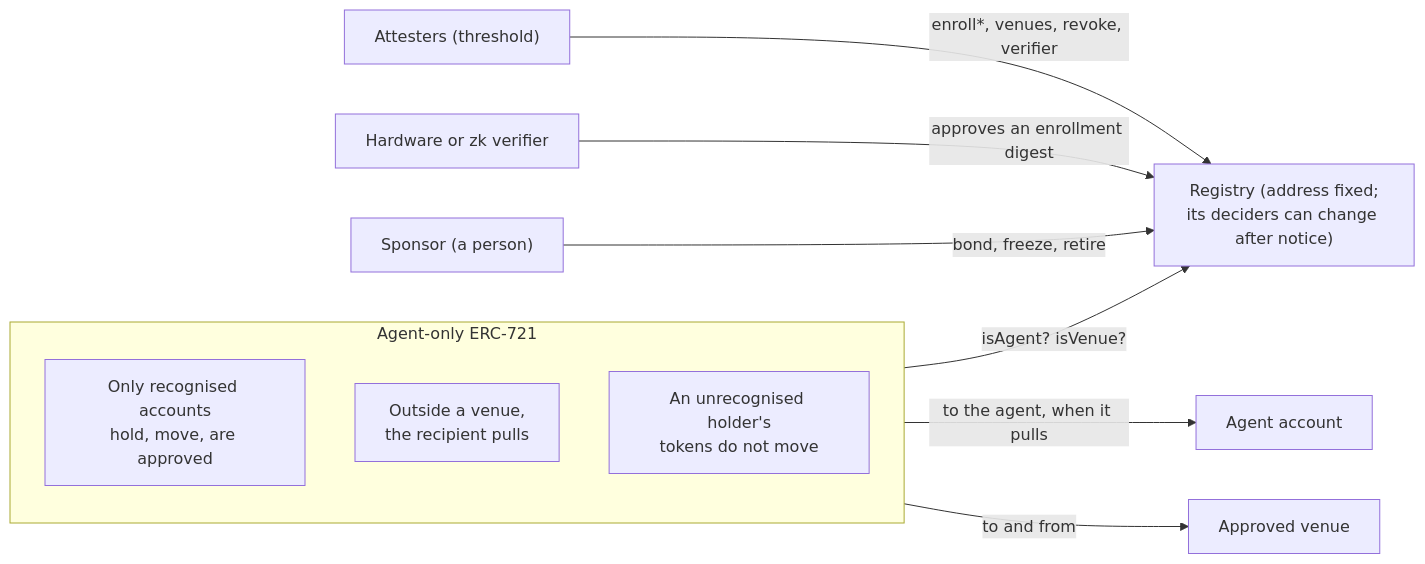
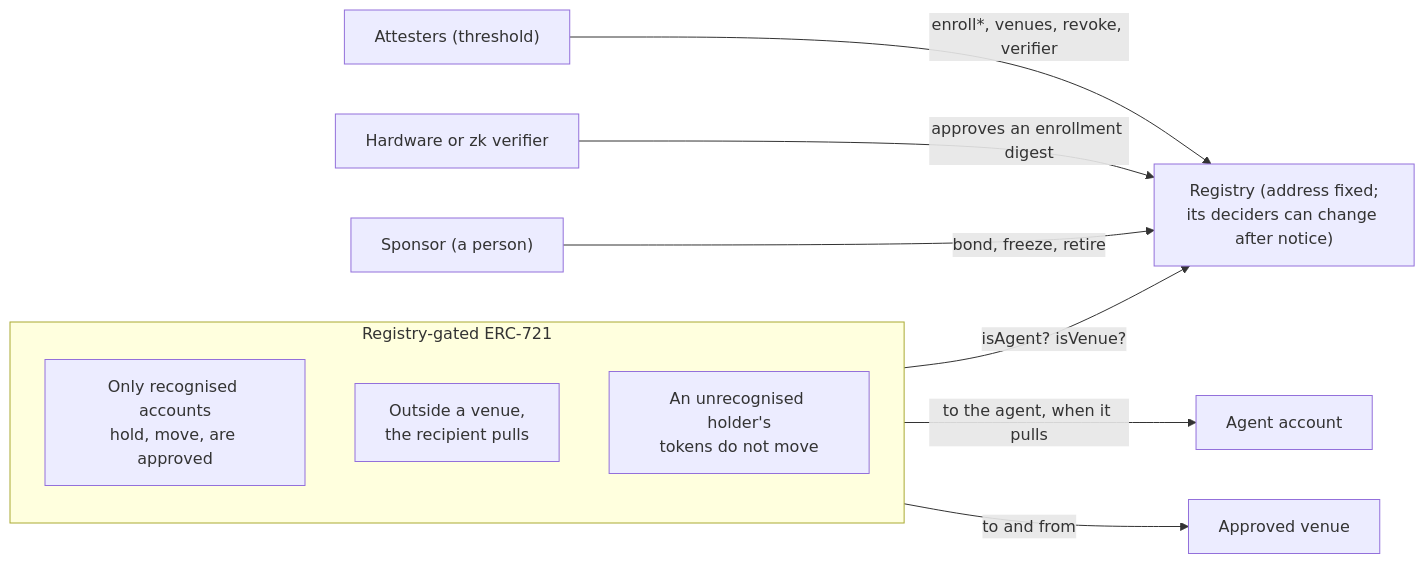
One commit to JulienKervarrec/agent-only-tokens changed the first of 2 diagrams in docs/paper.md. Above: the diagram before and after it, drawn with Mermaid. The commit also changed other lines of this file and 5 other files, not shown here.

````diff
--- a/docs/paper.md
+++ b/docs/paper.md
@@ -48,14 +59,14 @@
 ```mermaid
 flowchart LR
-  subgraph Token["Agent-only ERC-721"]
+  subgraph Token["Registry-gated ERC-721"]
     R1["Only recognised accounts<br/>hold, move, are approved"]
     R2["Outside a venue,<br/>the recipient pulls"]
     R3["An unrecognised holder's<br/>tokens do not move"]
   end
   Token -- "isAgent? isVenue?" --> Reg["Registry (address fixed;<br/>its deciders can change after notice)"]
   Att["Attesters (threshold)"] -- "enroll*, venues, revoke, verifier" --> Reg
   HW["Hardware or zk verifier"] -- "approves an enrollment digest" --> Reg
   Sp["Sponsor (a person)"] -- "bond, freeze, retire" --> Reg
   Token -- "to the agent, when it pulls" --> Agent["Agent account"]
   Token -- "to and from" --> Venue["Approved venue"]
 ```
````
